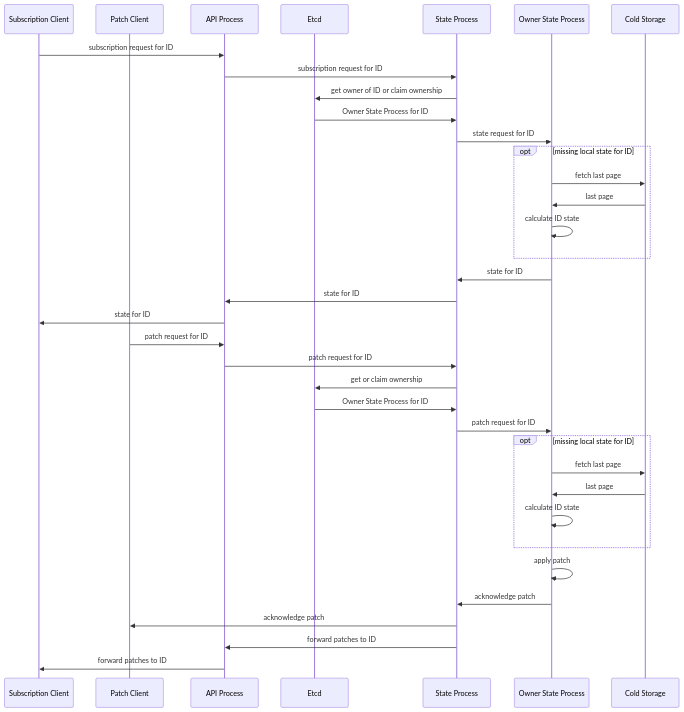
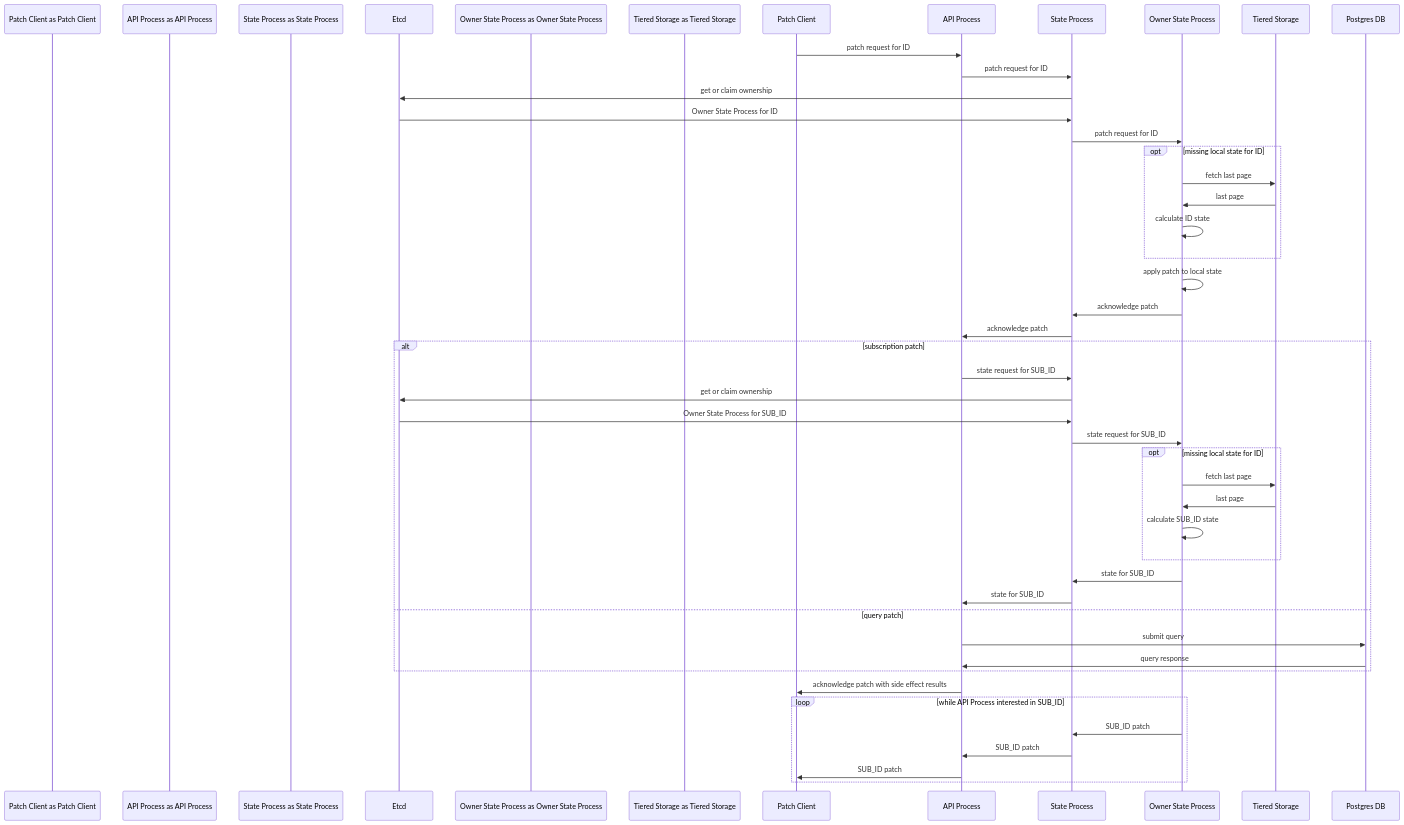
One commit to knowlearning/platform changed the diagram in README.md. Above: the diagram before and after it, drawn with Mermaid.

Commit message:
Update sequence diagram

````diff
--- a/README.md
+++ b/README.md
@@ -80,39 +80,46 @@
 ```mermaid
 sequenceDiagram
-  participant Subscription Client
-  participant Patch Client
-  participant API Process
-  participant Etcd
-  participant State Process
-  participant Owner State Process
-  participant Cold Storage
+  participant Patch Client as Patch Client
+  participant API Process as API Process
+  participant State Process as State Process
+  participant Etcd as Etcd
+  participant Owner State Process as Owner State Process
+  participant Tiered Storage as Tiered Storage
 
-  Subscription Client ->> API Process: subscription request for ID
-  API Process ->> State Process: subscription request for ID
-  State Process ->> Etcd: get owner of ID or claim ownership
-  Etcd ->> State Process: Owner State Process for ID
-  State Process ->> Owner State Process: state  request for ID
-  opt missing local state for ID
-    Owner State Process ->> Cold Storage: fetch last page
-    Cold Storage ->> Owner State Process: last page
-    Owner State Process ->> Owner State Process: calculate ID state
-  end
-  Owner State Process ->> State Process: state for ID
-  State Process ->> API Process: state for ID
-  API Process ->> Subscription Client: state for ID
   Patch Client ->> API Process: patch request for ID
   API Process ->> State Process: patch request for ID
   State Process ->> Etcd: get or claim ownership
   Etcd ->> State Process: Owner State Process for ID
   State Process ->> Owner State Process: patch request for ID
-    opt missing local state for ID
-    Owner State Process ->> Cold Storage: fetch last page
-    Cold Storage ->> Owner State Process: last page
+  opt missing local state for ID
+    Owner State Process ->> Tiered Storage: fetch last page
+    Tiered Storage ->> Owner State Process: last page
     Owner State Process ->> Owner State Process: calculate ID state
   end
-  Owner State Process ->> Owner State Process: apply patch
+  Owner State Process ->> Owner State Process: apply patch to local state
   Owner State Process ->> State Process: acknowledge patch
-  State Process ->> Patch Client: acknowledge patch
-  State Process ->> API Process: forward patches to ID
-  API Process ->> Subscription Client: forward patches to ID
+  State Process ->> API Process: acknowledge patch
+  alt subscription patch
+    API Process ->> State Process: state request for SUB_ID
+    State Process ->> Etcd: get or claim ownership
+    Etcd ->> State Process: Owner State Process for SUB_ID
+    State Process ->> Owner State Process: state request for SUB_ID
+    opt missing local state for ID
+      Owner State Process ->> Tiered Storage: fetch last page
+      Tiered Storage ->> Owner State Process: last page
+      Owner State Process ->> Owner State Process: calculate SUB_ID state
+    end
+    Owner State Process ->> State Process: state for SUB_ID
+    State Process ->> API Process: state for SUB_ID
+  else query patch
+    API Process ->> Postgres DB: submit query
+    Postgres DB ->> API Process: query response
+  end
+  API Process ->> Patch Client: acknowledge patch with side effect results
+  loop while API Process interested in SUB_ID
+    Owner State Process ->> State Process: SUB_ID patch
+    State Process ->> API Process: SUB_ID patch
+    API Process ->> Patch Client: SUB_ID patch
+  end
+
 ```
````
